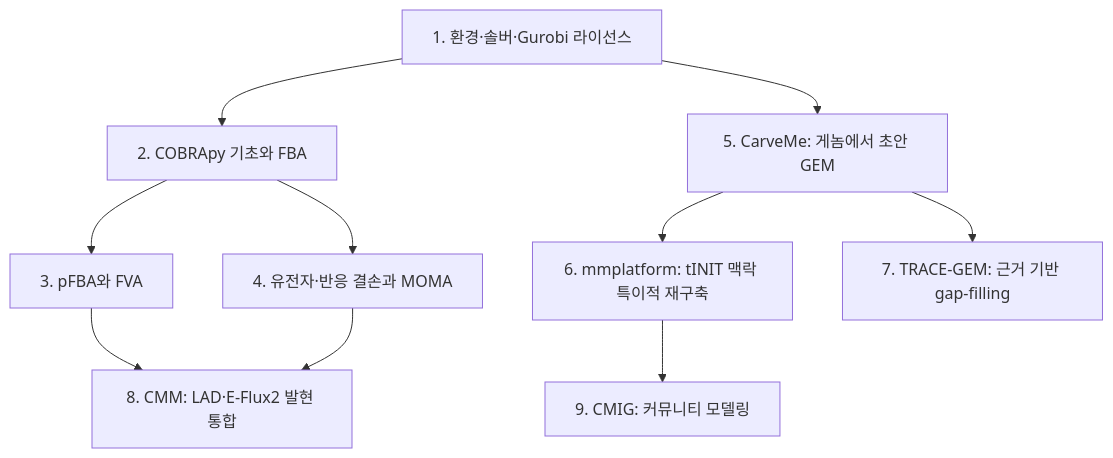
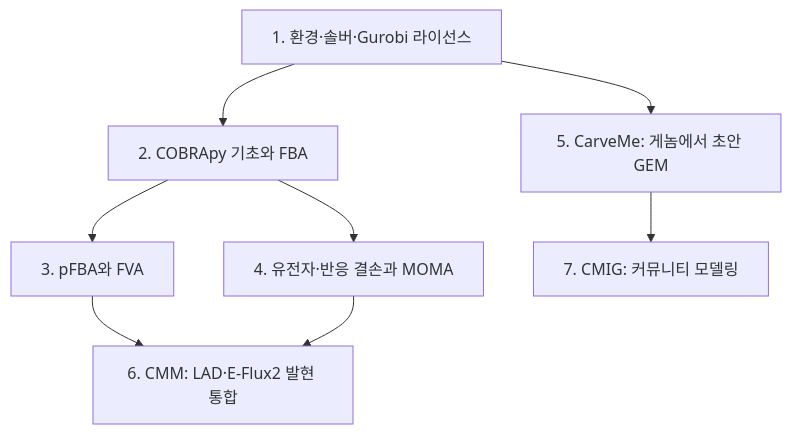
One commit to jyryu3161/ebook_metabolic_modeling changed the diagram in chapter-11/README.md. Above: the diagram before and after it, drawn with Mermaid. The commit also changed other lines of this file and 10 other files, not shown here.

````diff
--- a/chapter-11/README.md
+++ b/chapter-11/README.md
@@ -22,12 +34,10 @@
 ```mermaid
 flowchart TD
     A["1. 환경·솔버·Gurobi 라이선스"] --> B["2. COBRApy 기초와 FBA"]
     B --> C["3. pFBA와 FVA"]
     B --> D["4. 유전자·반응 결손과 MOMA"]
     A --> E["5. CarveMe: 게놈에서 초안 GEM"]
-    E --> F["6. mmplatform: tINIT 맥락 특이적 재구축"]
-    E --> G["7. TRACE-GEM: 근거 기반 gap-filling"]
-    C --> H["8. CMM: LAD·E-Flux2 발현 통합"]
-    D --> H
-    F --> I["9. CMIG: 커뮤니티 모델링"]
+    C --> F["6. CMM: LAD·E-Flux2 발현 통합"]
+    D --> F
+    E --> G["7. CMIG: 커뮤니티 모델링"]
 ```
````
